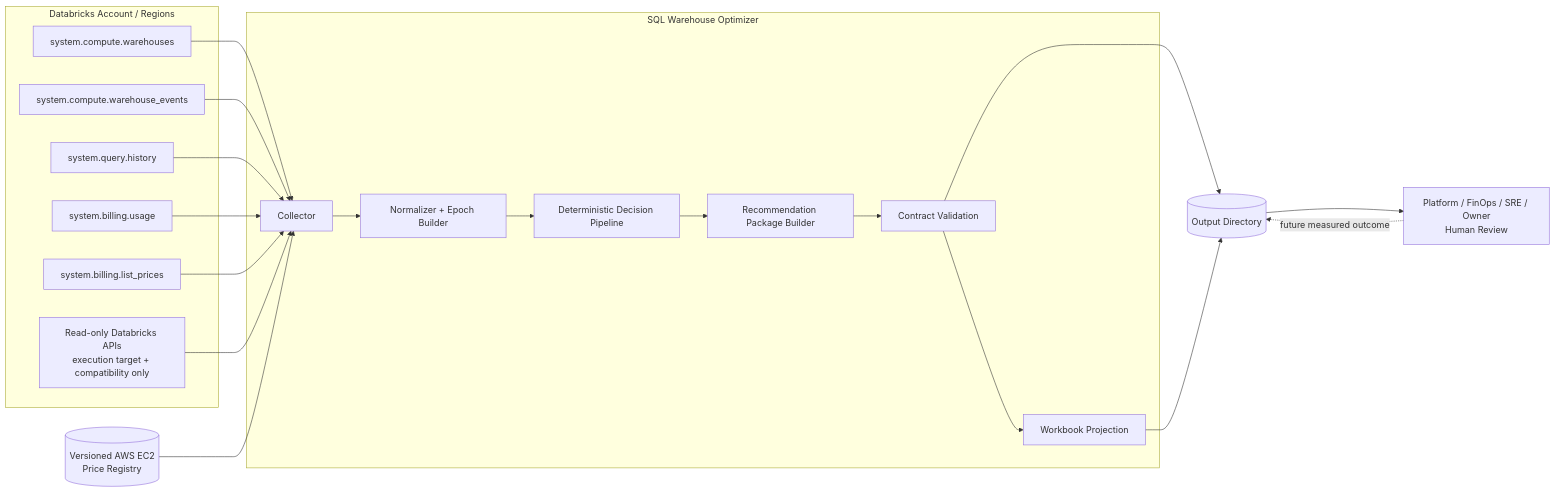
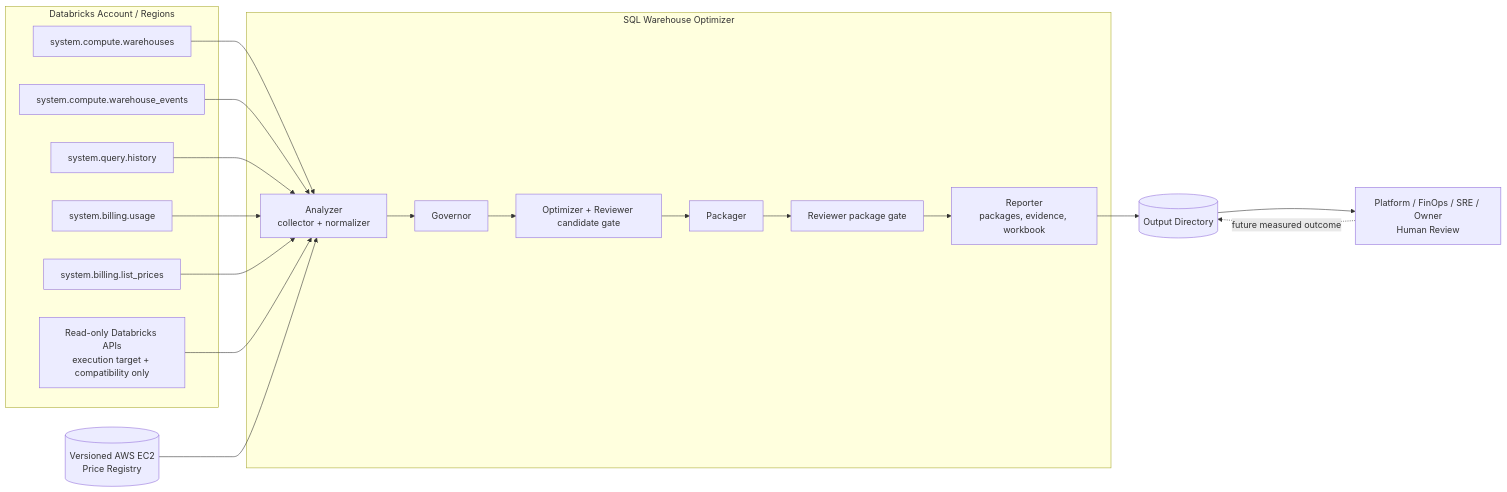
One commit to thiaga-gk/expert-funicular changed the second of 14 diagrams in docs/architecture/hld.md. Above: the diagram before and after it, drawn with Mermaid. The commit also changed other lines of this file and 11 other files, not shown here.

First line of the commit message:
Reorg Phase 10 step E: docs describe the capability architecture

````diff
--- a/docs/architecture/hld.md
+++ b/docs/architecture/hld.md
@@ -90,39 +90,38 @@
 ```mermaid
 flowchart LR
     subgraph DBX[Databricks Account / Regions]
         CW[system.compute.warehouses]
         WE[system.compute.warehouse_events]
         QH[system.query.history]
         BU[system.billing.usage]
         LP[system.billing.list_prices]
         API[Read-only Databricks APIs\nexecution target + compatibility only]
     end
 
     REG[(Versioned AWS EC2\nPrice Registry)]
 
     subgraph OPT[SQL Warehouse Optimizer]
-        COL[Collector]
-        NOR[Normalizer + Epoch Builder]
-        DEC[Deterministic Decision Pipeline]
-        PKG[Recommendation Package Builder]
-        VAL[Contract Validation]
-        XLSX[Workbook Projection]
+        ANA[Analyzer<br/>collector + normalizer]
+        GOV[Governor]
+        DEC[Optimizer + Reviewer candidate gate]
+        PKG[Packager]
+        VAL[Reviewer package gate]
+        REP[Reporter<br/>packages, evidence, workbook]
     end
 
     HITL[Platform / FinOps / SRE / Owner\nHuman Review]
     OUT[(Output Directory)]
 
-    CW --> COL
-    WE --> COL
-    QH --> COL
-    BU --> COL
-    LP --> COL
-    API --> COL
-    REG --> COL
+    CW --> ANA
+    WE --> ANA
+    QH --> ANA
+    BU --> ANA
+    LP --> ANA
+    API --> ANA
+    REG --> ANA
 
-    COL --> NOR --> DEC --> PKG --> VAL --> OUT
-    VAL --> XLSX --> OUT
+    ANA --> GOV --> DEC --> PKG --> VAL --> REP --> OUT
     OUT --> HITL
 
     HITL -. future measured outcome .-> OUT
 ```
````
